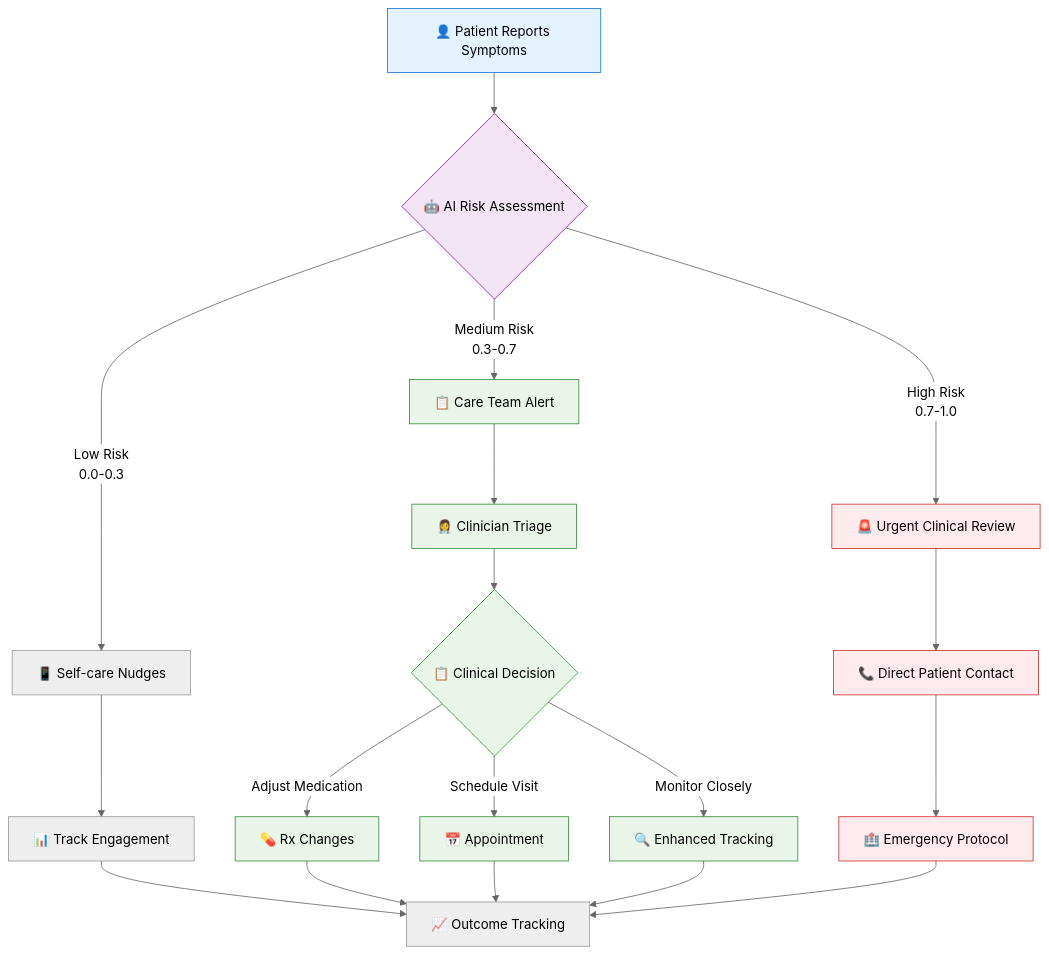
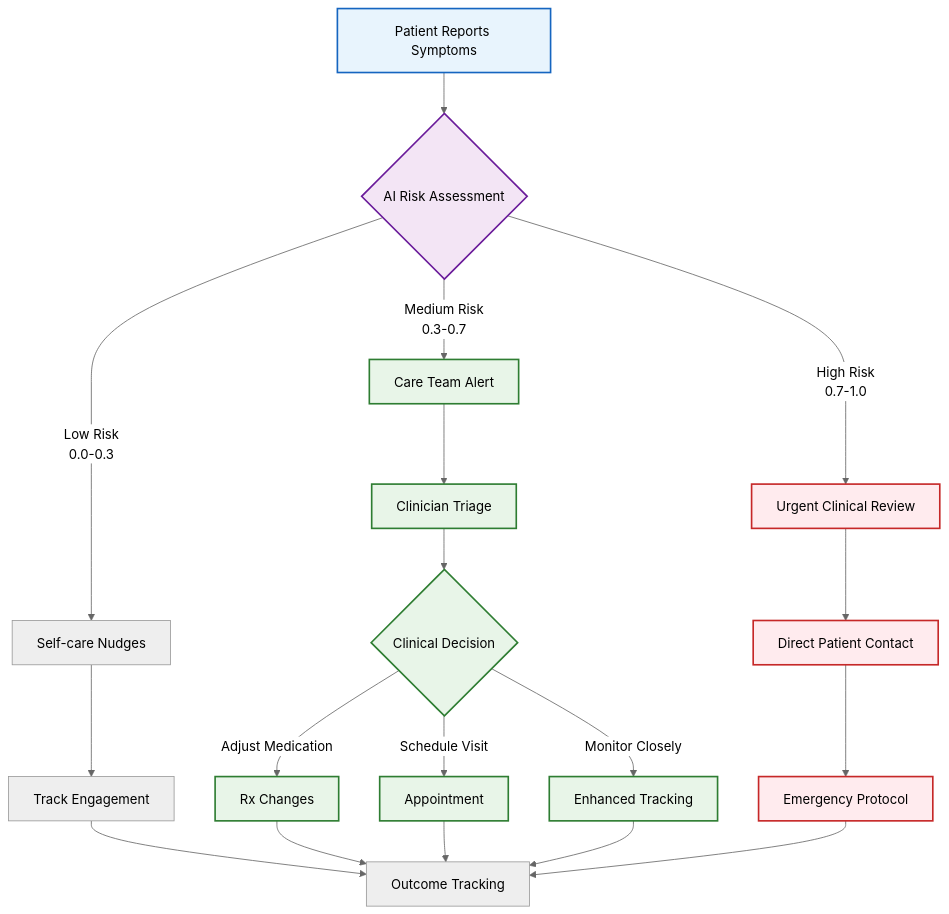
The fifth of 7 diagrams in README.md (PriscillaOng12/Aegis), drawn with Mermaid (neutral theme) before and after one commit. The commit also changed other lines of this file, not shown here.

````diff
--- a/README.md
+++ b/README.md
@@ -312,34 +311,34 @@
 ```mermaid
 flowchart TD
-    A[👤 Patient Reports Symptoms] --> B{🤖 AI Risk Assessment}
-    B -->|Low Risk<br/>0.0-0.3| C[📱 Self-care Nudges]
-    B -->|Medium Risk<br/>0.3-0.7| D[📋 Care Team Alert]
-    B -->|High Risk<br/>0.7-1.0| E[🚨 Urgent Clinical Review]
+    A[Patient Reports Symptoms] --> B{AI Risk Assessment}
+    B -->|Low Risk<br/>0.0-0.3| C[Self-care Nudges]
+    B -->|Medium Risk<br/>0.3-0.7| D[Care Team Alert]
+    B -->|High Risk<br/>0.7-1.0| E[Urgent Clinical Review]
     
-    C --> F[📊 Track Engagement]
-    D --> G[👩‍⚕️ Clinician Triage]
-    E --> H[📞 Direct Patient Contact]
+    C --> F[Track Engagement]
+    D --> G[Clinician Triage]
+    E --> H[Direct Patient Contact]
     
-    G --> I{📋 Clinical Decision}
-    I -->|Adjust Medication| J[💊 Rx Changes]
-    I -->|Schedule Visit| K[📅 Appointment]
-    I -->|Monitor Closely| L[🔍 Enhanced Tracking]
+    G --> I{Clinical Decision}
+    I -->|Adjust Medication| J[Rx Changes]
+    I -->|Schedule Visit| K[Appointment]
+    I -->|Monitor Closely| L[Enhanced Tracking]
     
-    H --> M[🏥 Emergency Protocol]
+    H --> M[Emergency Protocol]
     
-    F --> N[📈 Outcome Tracking]
+    F --> N[Outcome Tracking]
     J --> N
     K --> N
     L --> N
     M --> N
     
-    classDef patient fill:#E3F2FD,stroke:#1976D2
-    classDef ai fill:#F3E5F5,stroke:#7B1FA2
-    classDef clinical fill:#E8F5E8,stroke:#388E3C
-    classDef urgent fill:#FFEBEE,stroke:#D32F2F
+    classDef patient fill:#E8F4FD,stroke:#1565C0,stroke-width:2px,color:#000000
+    classDef ai fill:#F3E5F5,stroke:#6A1B9A,stroke-width:2px,color:#000000
+    classDef clinical fill:#E8F5E8,stroke:#2E7D32,stroke-width:2px,color:#000000
+    classDef urgent fill:#FFEBEE,stroke:#C62828,stroke-width:2px,color:#000000
     
     class A patient
     class B ai
     class D,G,I,J,K,L clinical
     class E,H,M urgent
 ```
````
